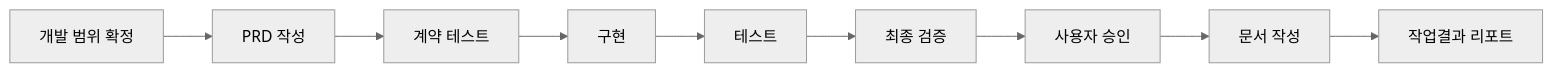
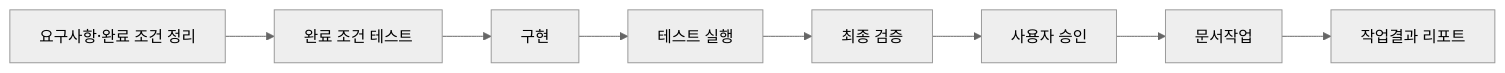
The diagram in README.md (kim-svadoz/sugo), drawn with Mermaid (neutral theme) before and after one commit. The commit also changed other lines of this file, not shown here.

````diff
--- a/README.md
+++ b/README.md
@@ -69,4 +69,4 @@
 ```mermaid
 flowchart LR
-    A[개발 범위 확정] --> B[PRD 작성] --> C[계약 테스트] --> D[구현] --> E[테스트] --> F[최종 검증] --> G[사용자 승인] --> H[문서 작성] --> I[작업결과 리포트]
+    A[요구사항·완료 조건 정리] --> B[완료 조건 테스트] --> C[구현] --> D[테스트 실행] --> E[최종 검증] --> F[사용자 승인] --> G[문서작업] --> H[작업결과 리포트]
 ```
````
